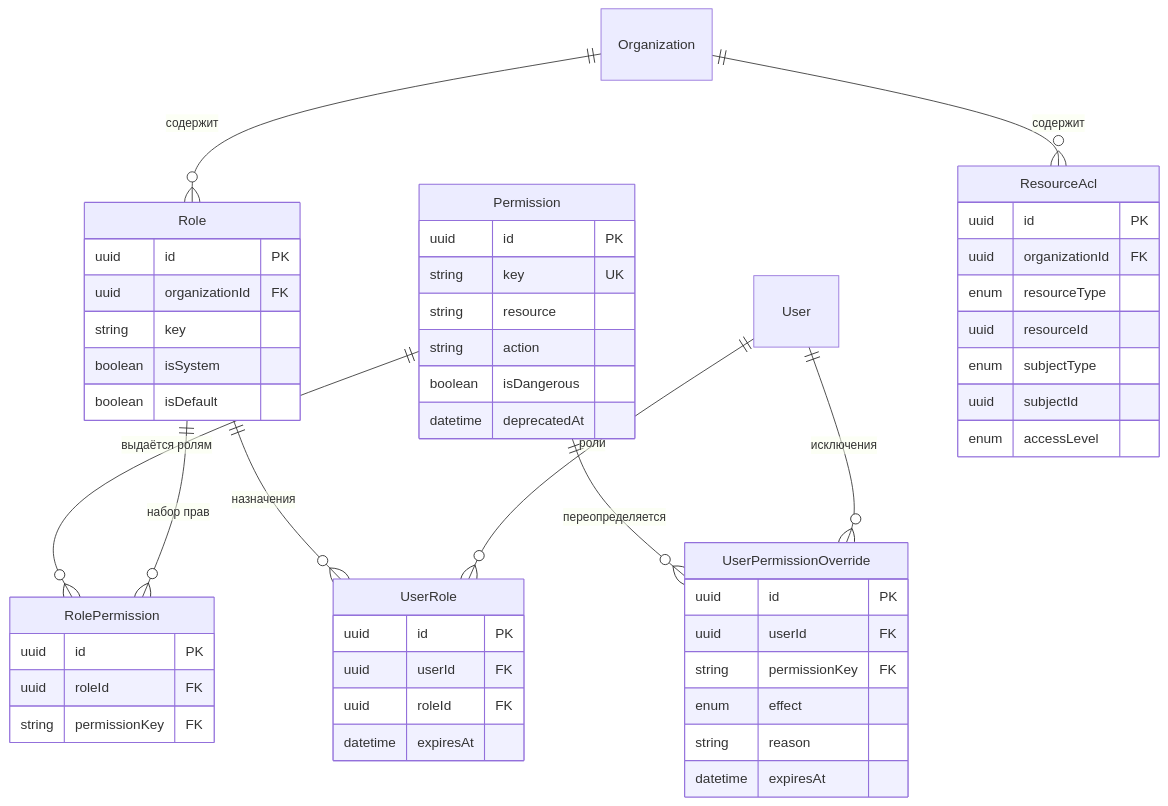
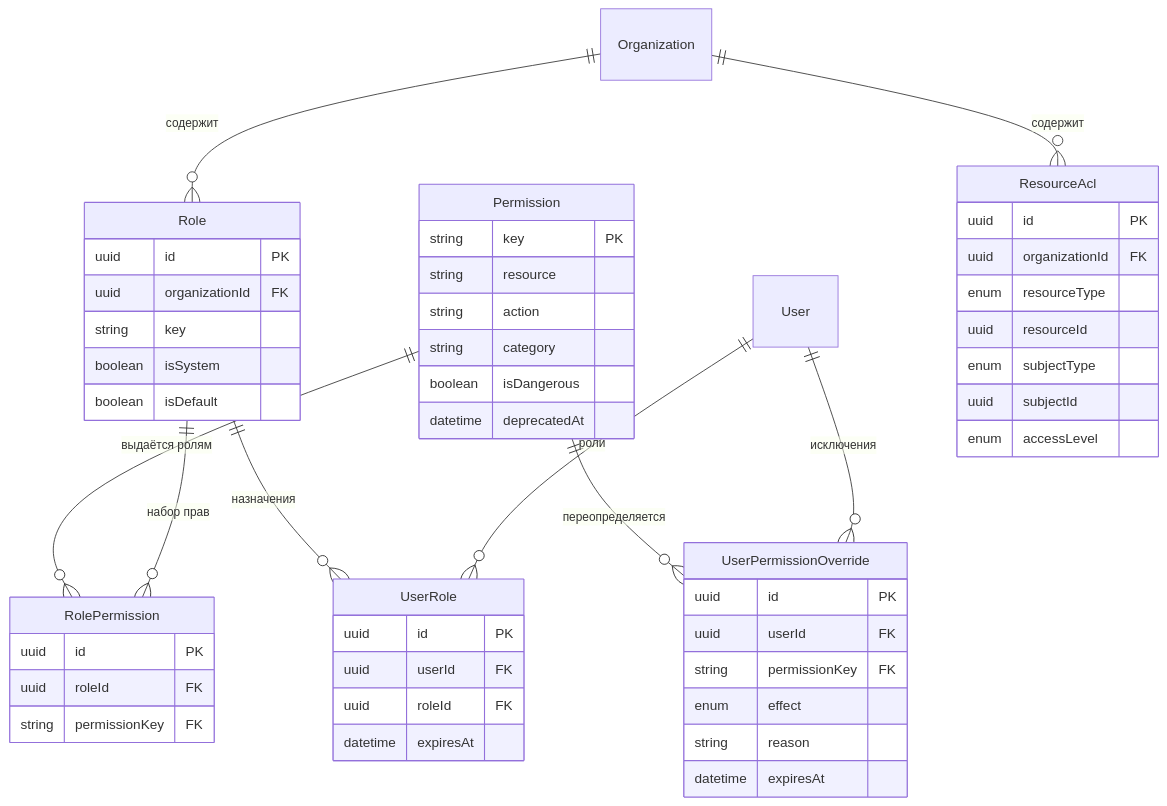
Before and after one commit to code0verdose/bad-crm: the second of 15 diagrams in docs/architecture/data-model.md, drawn with Mermaid. The commit also changed other lines of this file and 1 other file, not shown here.

Commit message:
test(db): gate the fields data-model.md claims
It gave Permission a description column that does not and will not
exist: the catalogue carries descriptionKey because the text is
translated. The index gate compares index names and nothing else.

````diff
--- a/docs/architecture/data-model.md
+++ b/docs/architecture/data-model.md
@@ -872,55 +872,55 @@
 ```mermaid
 erDiagram
     Permission ||--o{ RolePermission : "выдаётся ролям"
     Permission ||--o{ UserPermissionOverride : "переопределяется"
     Role ||--o{ RolePermission : "набор прав"
     Role ||--o{ UserRole : "назначения"
     User ||--o{ UserRole : "роли"
     User ||--o{ UserPermissionOverride : "исключения"
     Organization ||--o{ Role : "содержит"
     Organization ||--o{ ResourceAcl : "содержит"
 
     Permission {
-        uuid id PK
-        string key UK
+        string key PK
         string resource
         string action
+        string category
         boolean isDangerous
         datetime deprecatedAt
     }
     Role {
         uuid id PK
         uuid organizationId FK
         string key
         boolean isSystem
         boolean isDefault
     }
     RolePermission {
         uuid id PK
         uuid roleId FK
         string permissionKey FK
     }
     UserRole {
         uuid id PK
         uuid userId FK
         uuid roleId FK
         datetime expiresAt
     }
     UserPermissionOverride {
         uuid id PK
         uuid userId FK
         string permissionKey FK
         enum effect
         string reason
         datetime expiresAt
     }
     ResourceAcl {
         uuid id PK
         uuid organizationId FK
         enum resourceType
         uuid resourceId
         enum subjectType
         uuid subjectId
         enum accessLevel
     }
 ```
````
